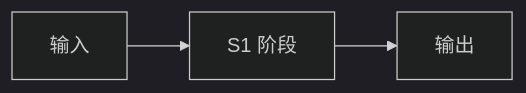
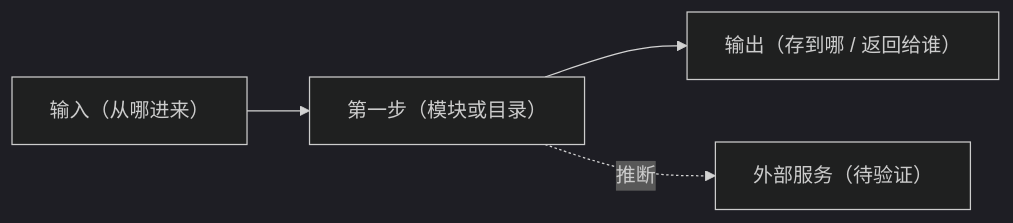
One commit to betterblueblue/blue-skillhub changed the first of 2 diagrams in skills/pathfinder/templates/project-map.md. Above: the diagram before and after it, drawn with Mermaid (dark theme). The commit also changed other lines of this file and 13 other files, not shown here.

First line of the commit message:
feat(pathfinder): 地图改为两段式：导读 + 参考数据

````diff
--- a/skills/pathfinder/templates/project-map.md
+++ b/skills/pathfinder/templates/project-map.md
@@ -126,5 +38,6 @@
 ```mermaid
 flowchart LR
-    IN["输入"] --> S1["S1 阶段"]
-    S1 --> OUT["输出"]
+    IN["输入（从哪进来）"] --> STEP1["第一步（模块或目录）"]
+    STEP1 --> OUT["输出（存到哪 / 返回给谁）"]
+    STEP1 -.推断.-> EXT["外部服务（待验证）"]
 ```
````
